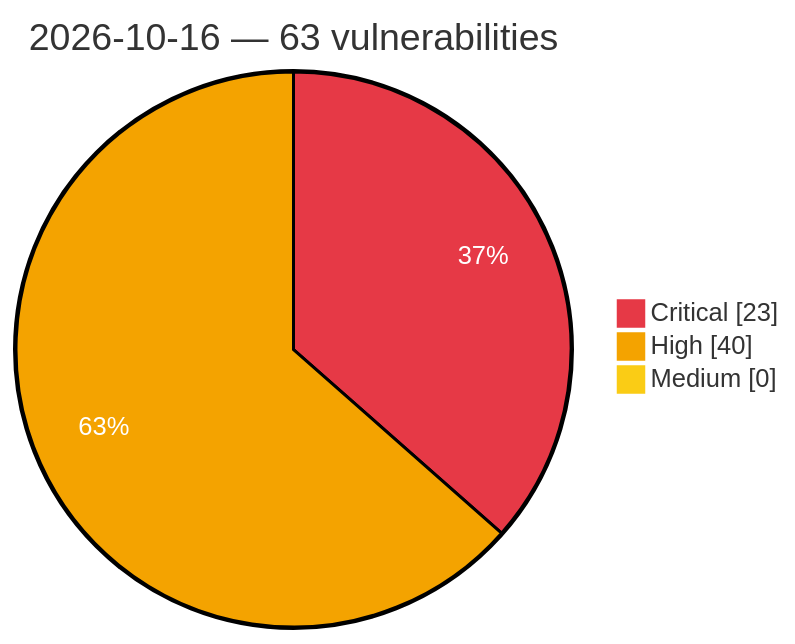
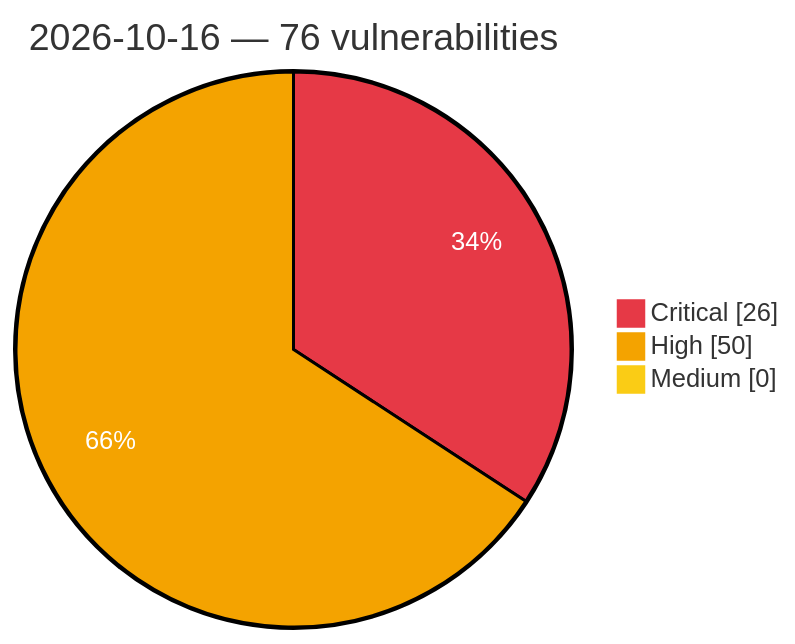
The diagram in vulnerabilities/2026/October/2026-10-16.md (GhostX0X/vuln-tracker), drawn with Mermaid before and after one commit. The commit also changed other lines of this file and 5 other files, not shown here.

Commit message:
Auto update: critical/high vulns (2026-10-16 21:29 UTC)

````diff
--- a/vulnerabilities/2026/October/2026-10-16.md
+++ b/vulnerabilities/2026/October/2026-10-16.md
@@ -3,8 +3,8 @@
 ```mermaid
 %%{init: {'theme':'base', 'themeVariables': {'pie1':'#e63946', 'pie2':'#f4a300', 'pie3':'#facc15', 'pieOpacity':'1', 'pieOuterStrokeWidth':'2px', 'pieSectionTextColor':'#ffffff'}}}%%
 pie showData
-    title 2026-10-16 — 63 vulnerabilities
-    "Critical" : 23
-    "High" : 40
+    title 2026-10-16 — 76 vulnerabilities
+    "Critical" : 26
+    "High" : 50
     "Medium" : 0
 ```
````
